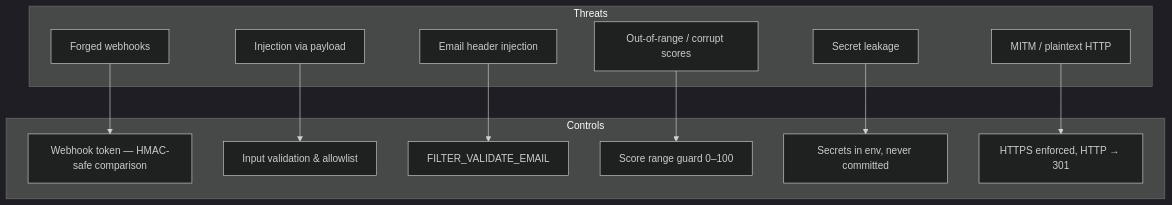
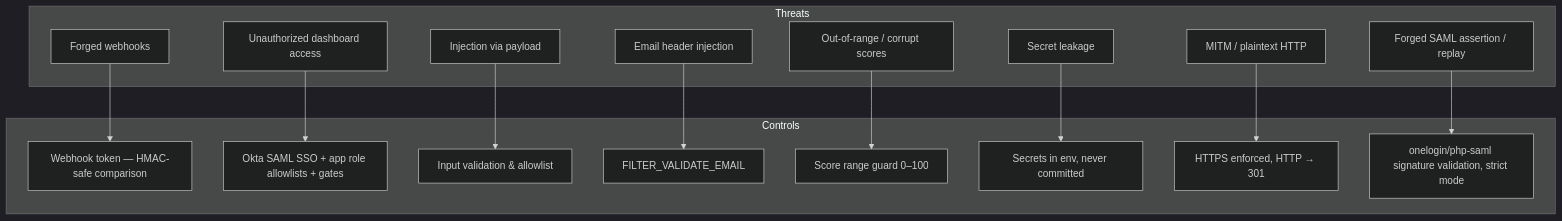
The first of 5 diagrams in Docs/security.md (com-atg/OMM-SE), drawn with Mermaid (dark theme) before and after one commit. The commit also changed other lines of this file and 60 other files, not shown here.

Commit message:
Implement SAML authentication middleware, enhance user role management, and add REDCap project token handling

````diff
--- a/Docs/security.md
+++ b/Docs/security.md
@@ -7,27 +7,33 @@
 ```mermaid
 graph TD
     subgraph Threats
         T1[Forged webhooks]
-        T2[Injection via payload]
-        T3[Email header injection]
-        T4[Out-of-range / corrupt scores]
-        T5[Secret leakage]
-        T6[MITM / plaintext HTTP]
+        T2[Unauthorized dashboard access]
+        T3[Injection via payload]
+        T4[Email header injection]
+        T5[Out-of-range / corrupt scores]
+        T6[Secret leakage]
+        T7[MITM / plaintext HTTP]
+        T8[Forged SAML assertion / replay]
     end
 
     subgraph Controls
         C1[Webhook token — HMAC-safe comparison]
-        C2[Input validation & allowlist]
-        C3[FILTER_VALIDATE_EMAIL]
-        C4[Score range guard 0–100]
-        C5[Secrets in env, never committed]
-        C6[HTTPS enforced, HTTP → 301]
+        C2[Okta SAML SSO + app role allowlists + gates]
+        C3[Input validation & allowlist]
+        C4[FILTER_VALIDATE_EMAIL]
+        C5[Score range guard 0–100]
+        C6[Secrets in env, never committed]
+        C7[HTTPS enforced, HTTP → 301]
+        C8[onelogin/php-saml signature validation, strict mode]
     end
 
     T1 --> C1
     T2 --> C2
     T3 --> C3
     T4 --> C4
     T5 --> C5
     T6 --> C6
+    T7 --> C7
+    T8 --> C8
 ```
````
